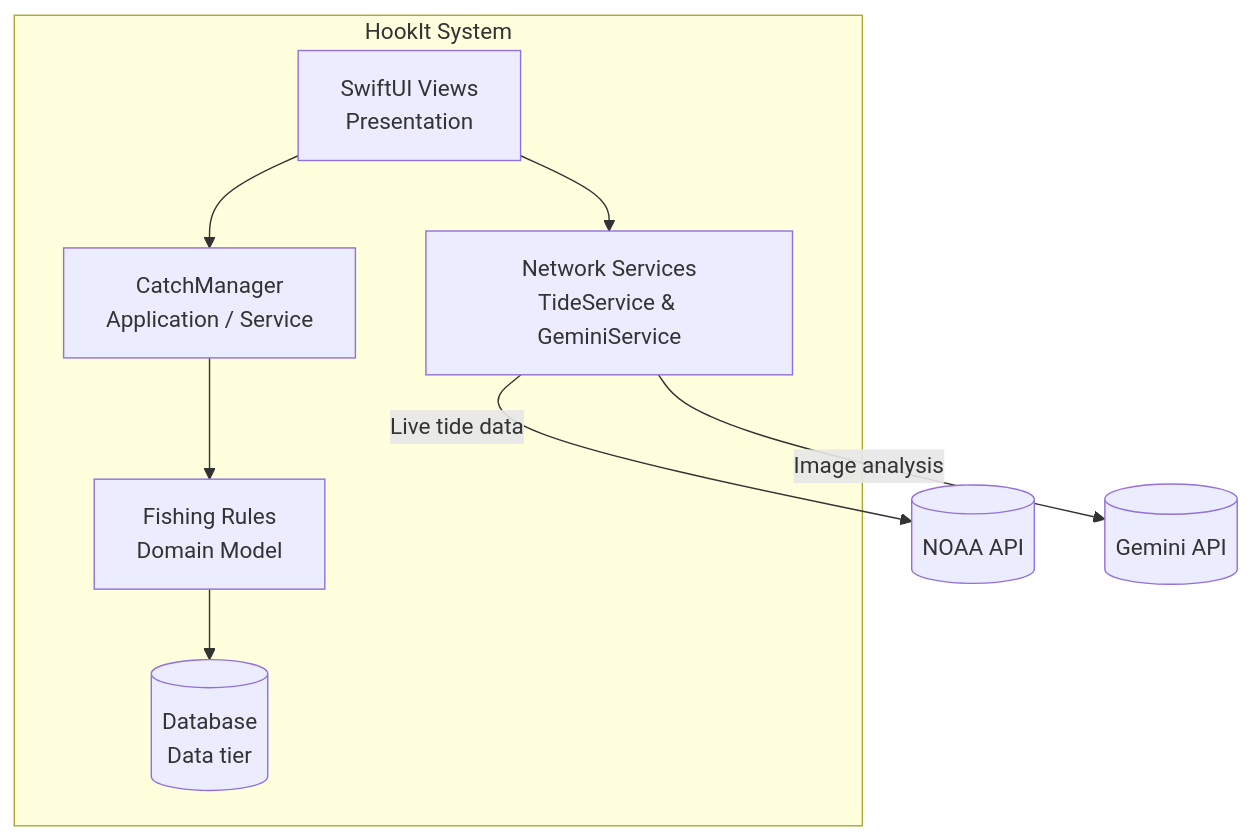
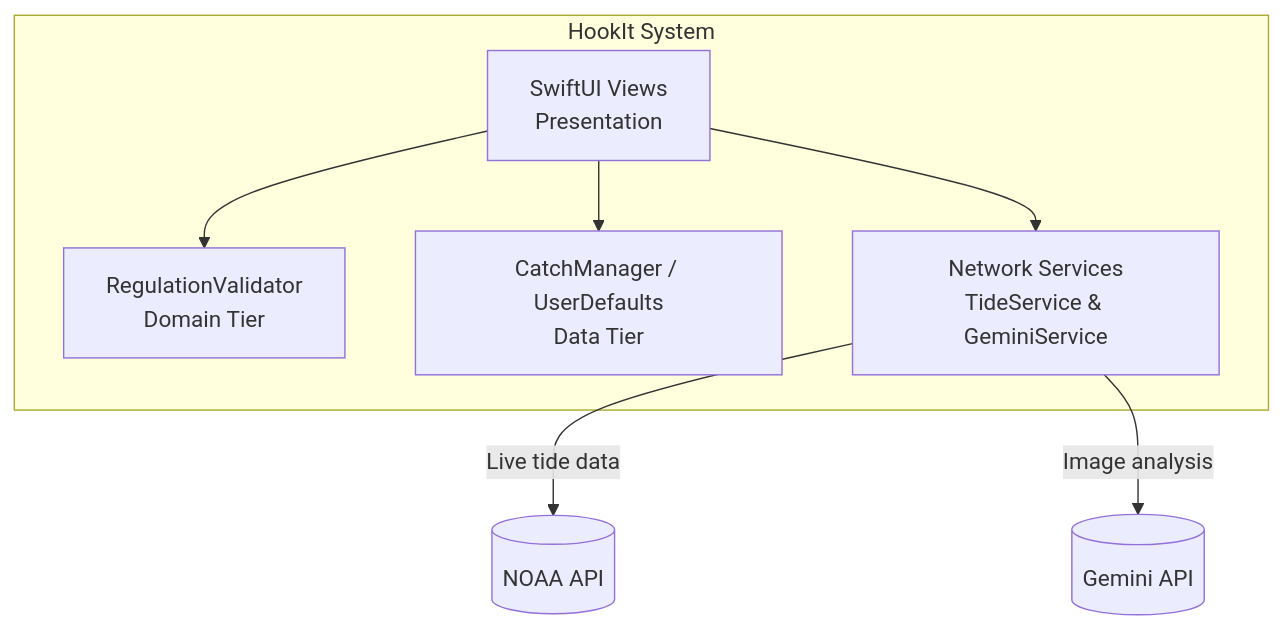
One commit to ddinza/cen5064-project-dinza changed the second of 2 diagrams in README.md. Above: the diagram before and after it, drawn with Mermaid.

Commit message:
Update flowchart in README.md for architecture clarity

````diff
--- a/README.md
+++ b/README.md
@@ -86,13 +86,12 @@
 ```mermaid
 %% Container view matching the 4-tier architecture
 flowchart TB
     subgraph HookItSystem [HookIt System]
-        ui[SwiftUI Views<br/>Presentation] --> appService[CatchManager<br/>Application / Service]
+        ui[SwiftUI Views<br/>Presentation] --> domain[RegulationValidator<br/>Domain Tier]
+        ui --> db[CatchManager / UserDefaults<br/>Data Tier]
         ui --> netService[Network Services<br/>TideService & GeminiService]
-        appService --> domain[Fishing Rules<br/>Domain Model]
-        domain --> db[(Database<br/>Data tier)]
     end
     
     netService -->|Live tide data| noaa[(NOAA API)]
     netService -->|Image analysis| gemini[(Gemini API)]
 ```
````
